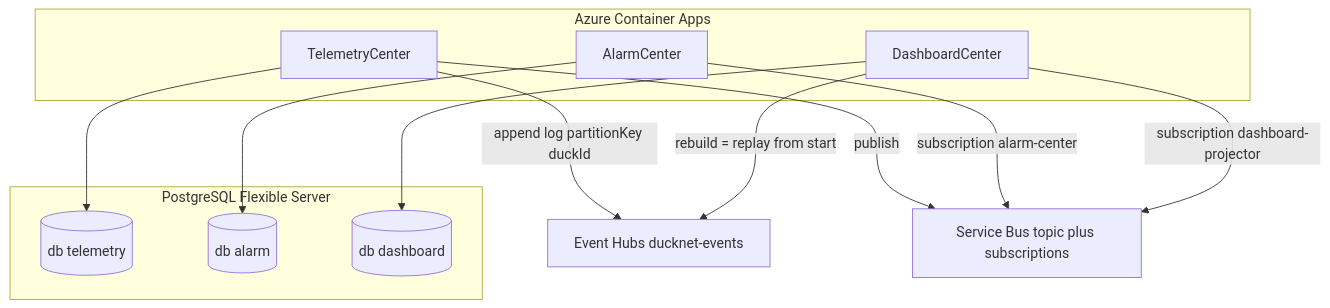
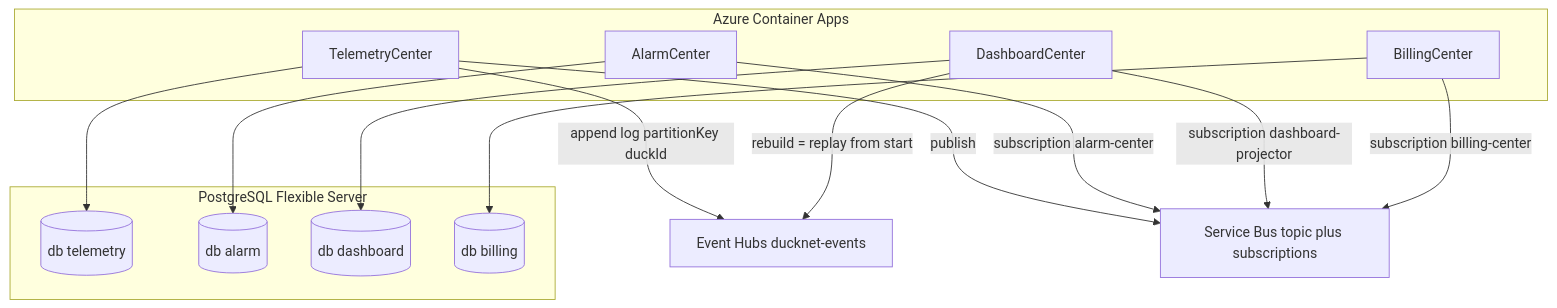
One commit to muxare/DuckNet changed the fourth of 4 diagrams in docs/azure-deployment.md. Above: the diagram before and after it, drawn with Mermaid. The commit also changed other lines of this file and 7 other files, not shown here.

````diff
--- a/docs/azure-deployment.md
+++ b/docs/azure-deployment.md
@@ -181,23 +196,27 @@
 ```mermaid
 flowchart TB
   subgraph compute [Azure Container Apps]
     T[TelemetryCenter]
     A[AlarmCenter]
     D[DashboardCenter]
+    B[BillingCenter]
   end
   subgraph data [PostgreSQL Flexible Server]
     Tdb[("db telemetry")]
     Adb[("db alarm")]
     Ddb[("db dashboard")]
+    Bdb[("db billing")]
   end
   EH[Event Hubs ducknet-events]
   SB[Service Bus topic plus subscriptions]
   T --> Tdb
   A --> Adb
   D --> Ddb
+  B --> Bdb
   T -->|"append log partitionKey duckId"| EH
   T -->|"publish"| SB
   A -->|"subscription alarm-center"| SB
   D -->|"subscription dashboard-projector"| SB
+  B -->|"subscription billing-center"| SB
   D -->|"rebuild = replay from start"| EH
 ```
````
